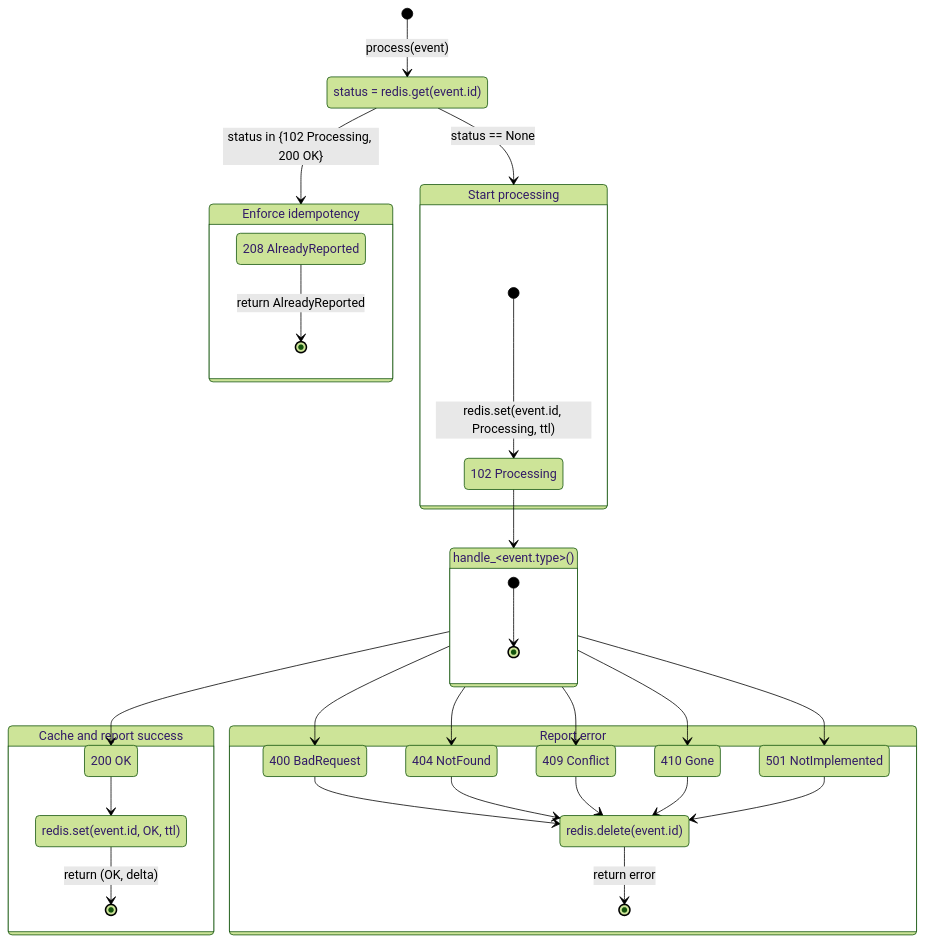
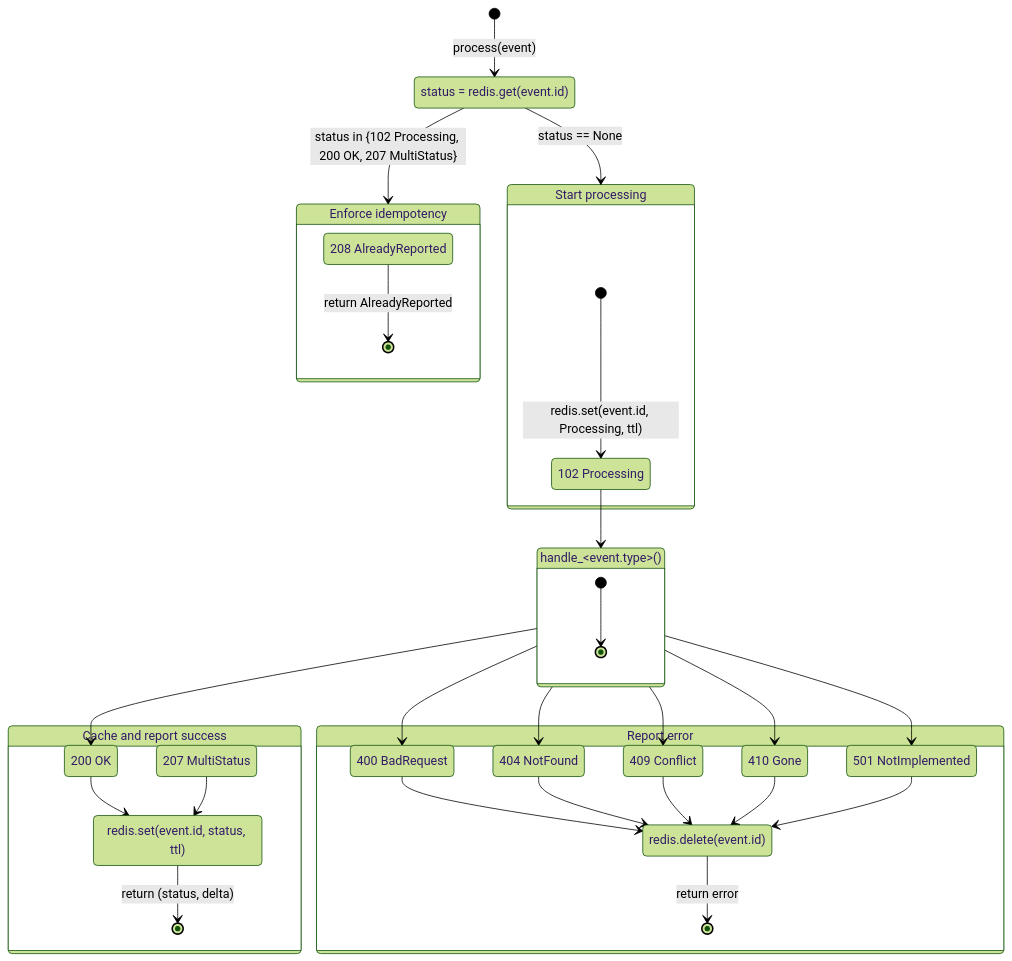
One commit to ppker/securedrop changed the fourth of 4 diagrams in API2.md. Above: the diagram before and after it, drawn with Mermaid (forest theme). The commit also changed 2 other files, not shown here.

Commit message:
feat(api2): handle "source_conversation_truncated" event
A "source_conversation_truncated" event involves deleting all the items
in the source's collection with interaction counts less than or equal to
the specified upper bound, assumed to be the last item known to the
client.  This achieves the same consistency as a
"source_conversation_deleted" event without requiring its strict
versioning.

````diff
--- a/API2.md
+++ b/API2.md
@@ -151,56 +151,59 @@
 ```mermaid
 stateDiagram-v2
 direction TB
 
 [*] --> CacheLookup : process(event)
 CacheLookup: status = redis.get(event.id)
 
-CacheLookup --> IdempotentBranch : status in {102 Processing, 200 OK}
+CacheLookup --> IdempotentBranch : status in {102 Processing, 200 OK, 207 MultiStatus}
 CacheLookup --> StartBranch : status == None
 
 state "Enforce idempotency" as IdempotentBranch {
     AlreadyReported : 208 AlreadyReported
     AlreadyReported --> [*] : return AlreadyReported
 }
 
 state "Start processing" as StartBranch {
     [*] --> Processing : redis.set(event.id, Processing, ttl)
     Processing : 102 Processing
 }
 
 Processing --> Handler
 state "handle_&lt;event.type&gt;()" as Handler {
     [*] --> [*]
 }
 
 Handler --> OK
 state "Cache and report success" as SuccessBranch {
     OK : 200 OK
+    MultiStatus : 207 MultiStatus
+
     OK --> UpdateCache
+    MultiStatus --> UpdateCache
 
-    UpdateCache : redis.set(event.id, OK, ttl)
-    UpdateCache --> [*] : return (OK, delta)
+    UpdateCache : redis.set(event.id, status, ttl)
+    UpdateCache --> [*] : return (status, delta)
 }
 
 Handler --> BadRequest
 Handler --> NotFound
 Handler --> Conflict
 Handler --> Gone
 Handler --> NotImplemented
 state "Report error" as ErrorBranch {
     BadRequest : 400 BadRequest
     NotFound : 404 NotFound
     Conflict : 409 Conflict
     Gone : 410 Gone
     NotImplemented : 501 NotImplemented
 
     BadRequest --> ClearCache
     NotFound --> ClearCache
     Conflict --> ClearCache
     Gone --> ClearCache
     NotImplemented --> ClearCache
 
     ClearCache : redis.delete(event.id)
     ClearCache --> [*] : return error
 }
 ```
````
